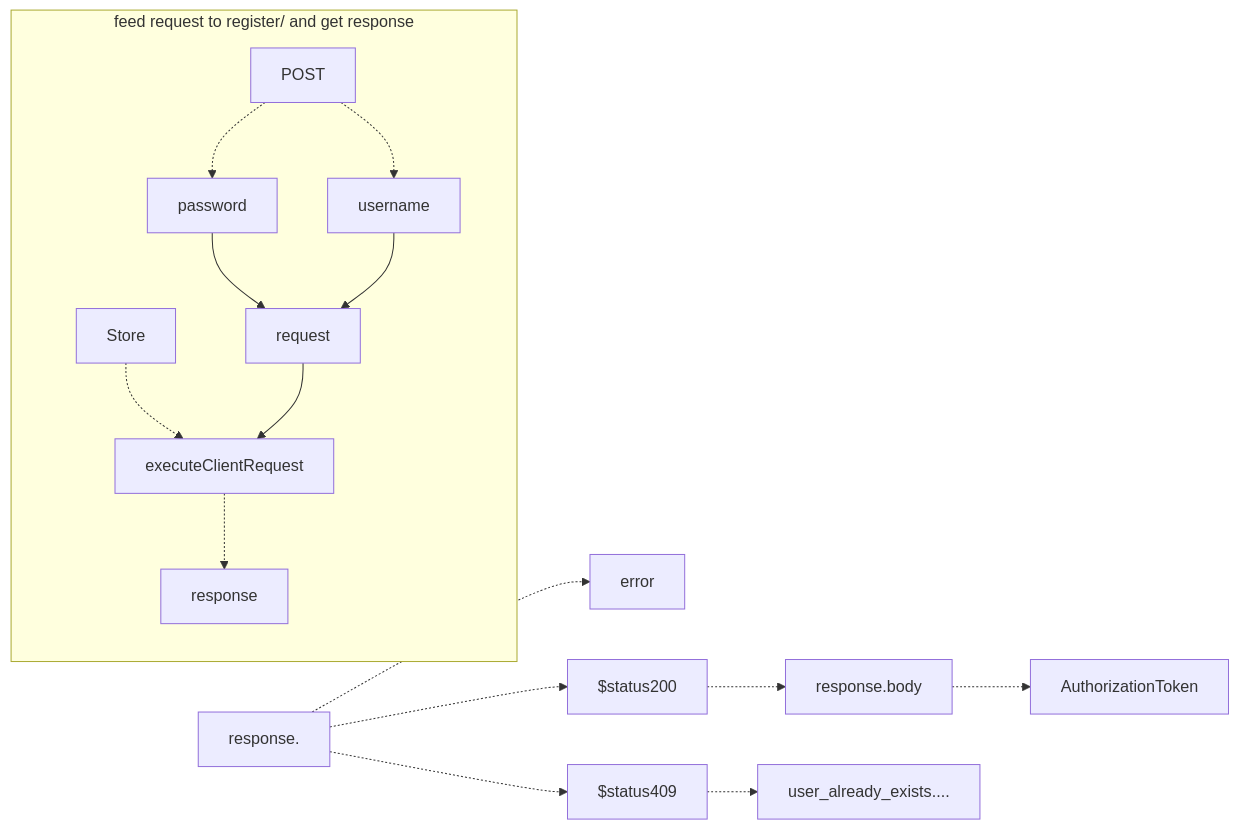
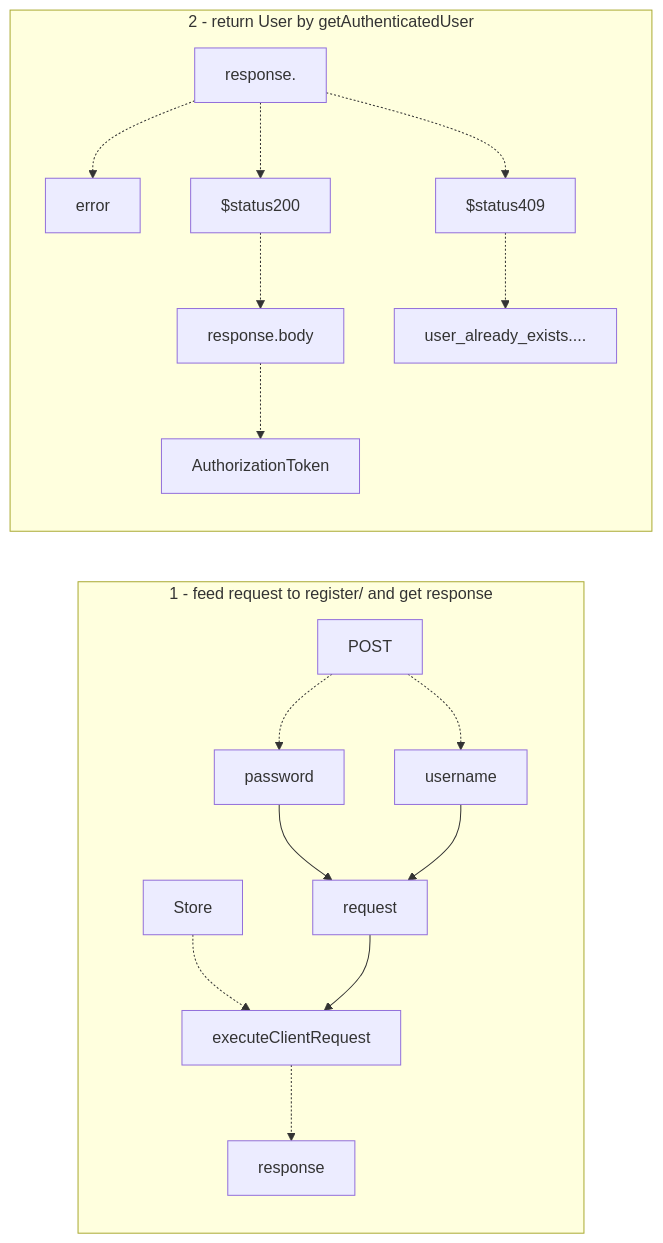
The sixth of 12 diagrams in newage/astro.md (gordianknotC/nxp_note), drawn with Mermaid before and after one commit. The commit also changed other lines of this file, not shown here.

Commit message:
newage/astro.md updated from https://stackedit.io/

````diff
--- a/newage/astro.md
+++ b/newage/astro.md
@@ -119,22 +119,23 @@
 ```mermaid
 graph LR
-subgraph feed request to register/ and get response
+subgraph 1 - feed request to register/ and get response
 	POST
 	POST -.-> username
 	POST -.-> password
 	password --> request
 	username --> request
 
 	Store
 	Store -.-> executeClientRequest
 	request --> executeClientRequest
 	executeClientRequest -.-> response
 end
-
-response. -.-> error
-response. -.-> $status200
-$status200 -.-> response.body
-response.body -.-> AuthorizationToken
-response. -.-> $status409
-$status409 -.-> user_already_exists....
+subgraph 2 - return User by getAuthenticatedUser
+	response. -.-> error
+	response. -.-> $status200
+	$status200 -.-> response.body
+	response.body -.-> AuthorizationToken
+	response. -.-> $status409
+	$status409 -.-> user_already_exists....
+end
 ```
````
